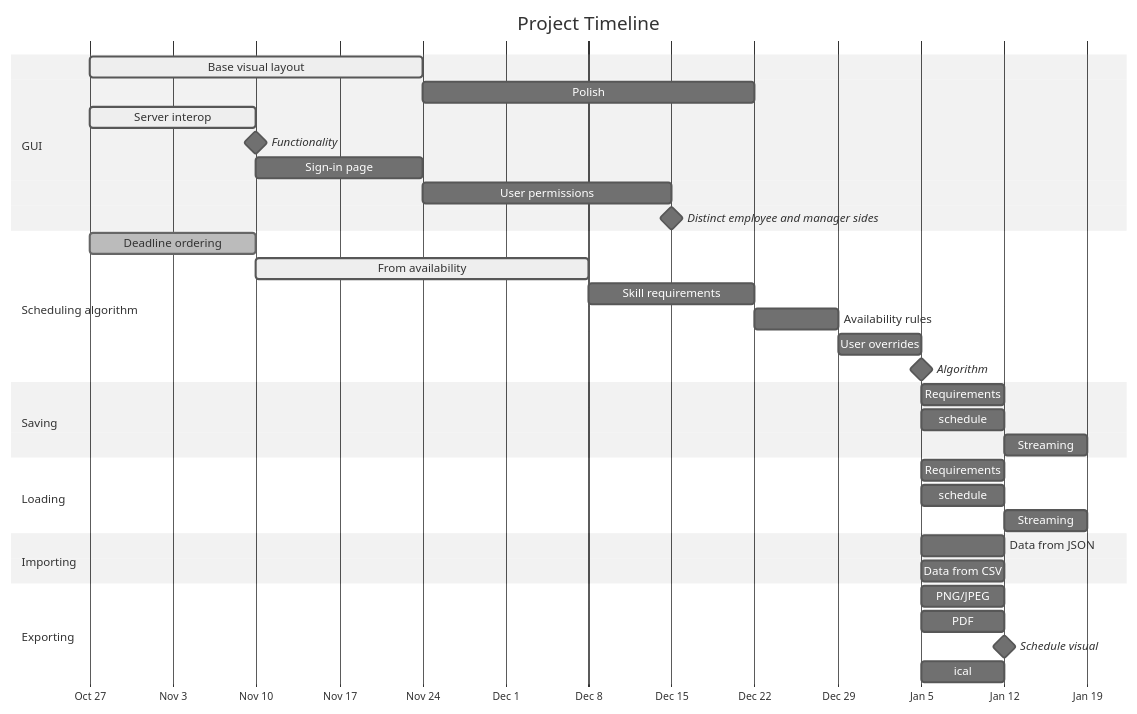
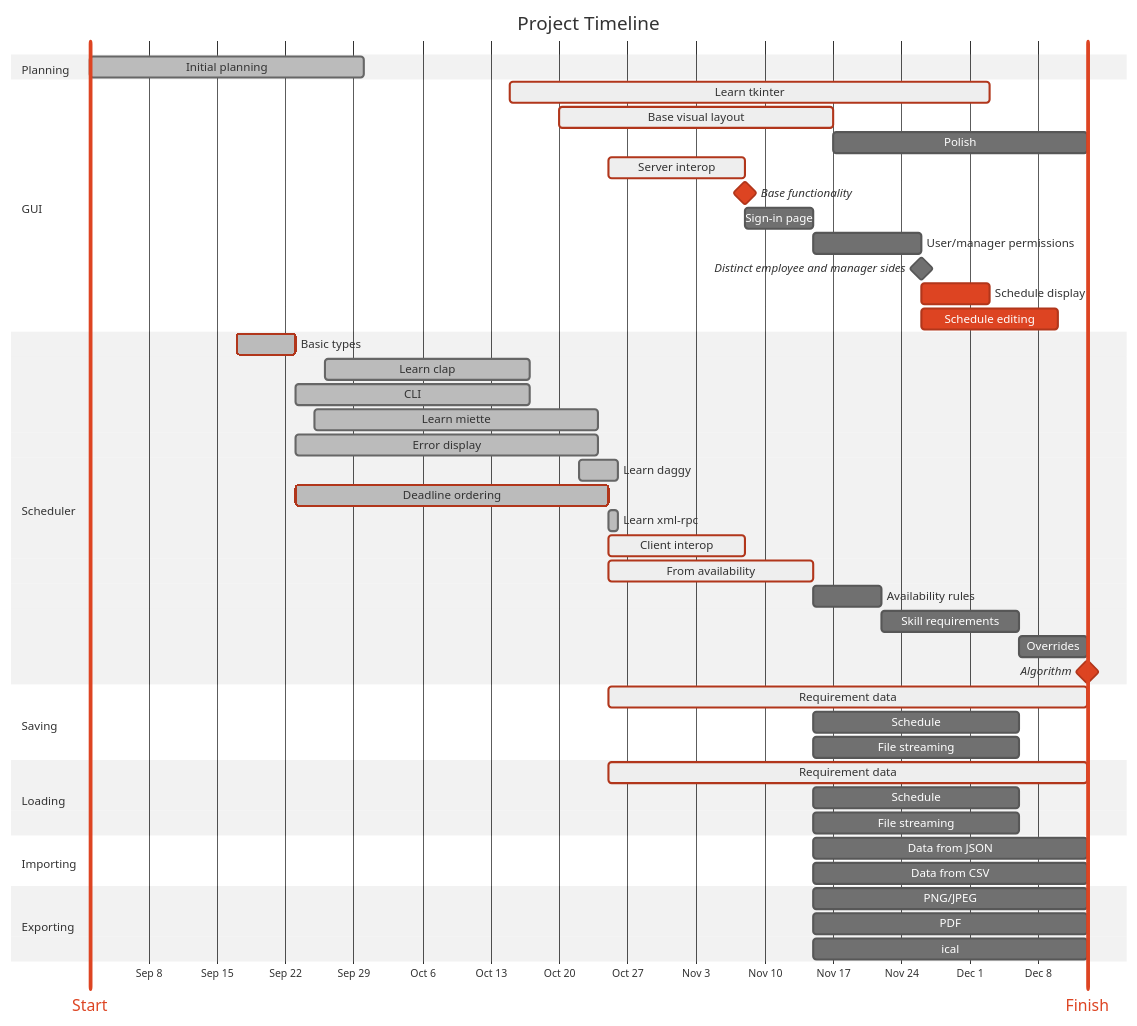
The first of 4 diagrams in artifacts/diagrams.md (AmityWilder/gvsu-cis350-sporks), drawn with Mermaid (neutral theme) before and after one commit.

Commit message:
Improve gantt chart timeline

````diff
--- a/artifacts/diagrams.md
+++ b/artifacts/diagrams.md
@@ -3,46 +3,61 @@
 ```mermaid
 gantt
     title Project Timeline
-    dateFormat M-D
+    dateFormat YYYY-M-D
     axisFormat %b %e
     tickInterval 1week
     weekday monday
     todayMarker on
+    Start  : vert, 2025-9-2, 0d
+    Finish : vert, 2025-12-13, 0d
+
+    section Planning
+    Initial planning                        : done, plan-init, 2025-9-2, 4w
 
     section GUI
-        Base visual layout                   : active, g1, 10-27, 4w
-        Polish                               : g5, after g1, 4w
-        Server interop                       : active, g2, 10-27, 2w
-        Functionality                        : milestone, g2
-        Sign-in page                         : g3, after g2, 2w
-        User permissions                     : g4, after g3, 3w
-        Distinct employee and manager sides  : milestone, g3 g4
+    Learn tkinter                           : crit, active, lrn-tk, 2025-10-15, 7w
+    Base visual layout                      : crit, active, base-layout, 2025-10-20, 4w
+    Polish                                  : polish, after base-layout, 26d
+    Server interop                          : crit, active, interop-clt, 2025-10-25, 2w
+    Base functionality                      : crit, milestone, interop-clt
+    Sign-in page                            : sign-in, after interop-clt, 1w
+    User/manager permissions                : usr-perms, after sign-in, 1.5w
+    Distinct employee and manager sides     : milestone, sign-in usr-perms
+    Schedule display                        : crit, sch-disp, after usr-perms, 1w
+    Schedule editing                        : crit, sch-edit, after usr-perms, 2w
 
-    section Scheduling algorithm
-        Deadline ordering   : done, sch1, 10-27, 2w
-        From availability   : active, sch2, after sch1, 4w
-        Skill requirements  : sch3, after sch2, 2w
-        Availability rules  : sch4, after sch3, 1w
-        User overrides      : sch5, after sch4, 1w
-        Algorithm           : milestone, sch1 sch2 sch3 sch4 sch5
+    section Scheduler
+    Basic types                             : crit, done, tys, 2025-9-17, 2025-9-23
+    Learn clap                              : done, 2025-9-26, 2025-10-17
+    CLI                                     : done, cli, 2025-9-23, 2025-10-17
+    Learn miette                            : done, 2025-9-25, 2025-10-24
+    Error display                           : done, errs, 2025-9-23, 2025-10-24
+    Learn daggy                             : done, 2025-10-22, 2025-10-26
+    Deadline ordering                       : crit, done, dl-ord, 2025-9-23, 2025-10-25
+    Learn xml-rpc                           : done, 2025-10-25, 1d
+    Client interop                          : crit, active, interop-srv, 2025-10-25, 2w
+    From availability                       : crit, active, alg-avail, after dl-ord, 3w
+    Availability rules                      : avail-rules, after alg-avail, 1w
+    Skill requirements                      : skill-req, after avail-rules, 2w
+    Overrides                               : ovr, after skill-req, 1w
+    Algorithm                               : crit, milestone, dl-ord alg-avail avail-rules skill-req ovr
 
     section Saving
-        Requirements  : ser1, after sch1 sch2 sch3 sch4 sch5, 1w
-        schedule      : ser2, after sch1 sch2 sch3 sch4 sch5, 1w
-        Streaming     : ser3, after ser2, 1w
+    Requirement data                        : crit, active, ser-dat, after dl-ord, 7w
+    Schedule                                : ser-sch, after alg-avail, 3w
+    File streaming                          : ser-stream, after alg-avail, 3w
 
     section Loading
-        Requirements  : de1, after sch1 sch2 sch3 sch4 sch5, 1w
-        schedule      : de2, after sch1 sch2 sch3 sch4 sch5, 1w
-        Streaming     : de3, after de2, 1w
+    Requirement data                        : crit, active, de-dat, after dl-ord, 7w
+    Schedule                                : de-sch, after alg-avail, 3w
+    File streaming                          : de-stream, after alg-avail, 3w
 
     section Importing
-        Data from JSON  : im1, after sch1 sch2 sch3 sch4 sch5, 1w
-        Data from CSV   : im2, after sch1 sch2 sch3 sch4 sch5, 1w
+    Data from JSON                          : im-json, after alg-avail, 4w
+    Data from CSV                           : im-csv, after alg-avail, 4w
 
     section Exporting
-        PNG/JPEG           : ex3, after sch1 sch2 sch3 sch4 sch5, 1w
-        PDF                : ex4, after sch1 sch2 sch3 sch4 sch5, 1w
-        Schedule visual    : milestone, after ex4
-        ical               : ex5, after sch1 sch2 sch3 sch4 sch5, 1w
+    PNG/JPEG                                : ex-img, after alg-avail, 4w
+    PDF                                     : ex-pdf, after alg-avail, 4w
+    ical                                    : ex-ical, after alg-avail, 4w
 ```
````
